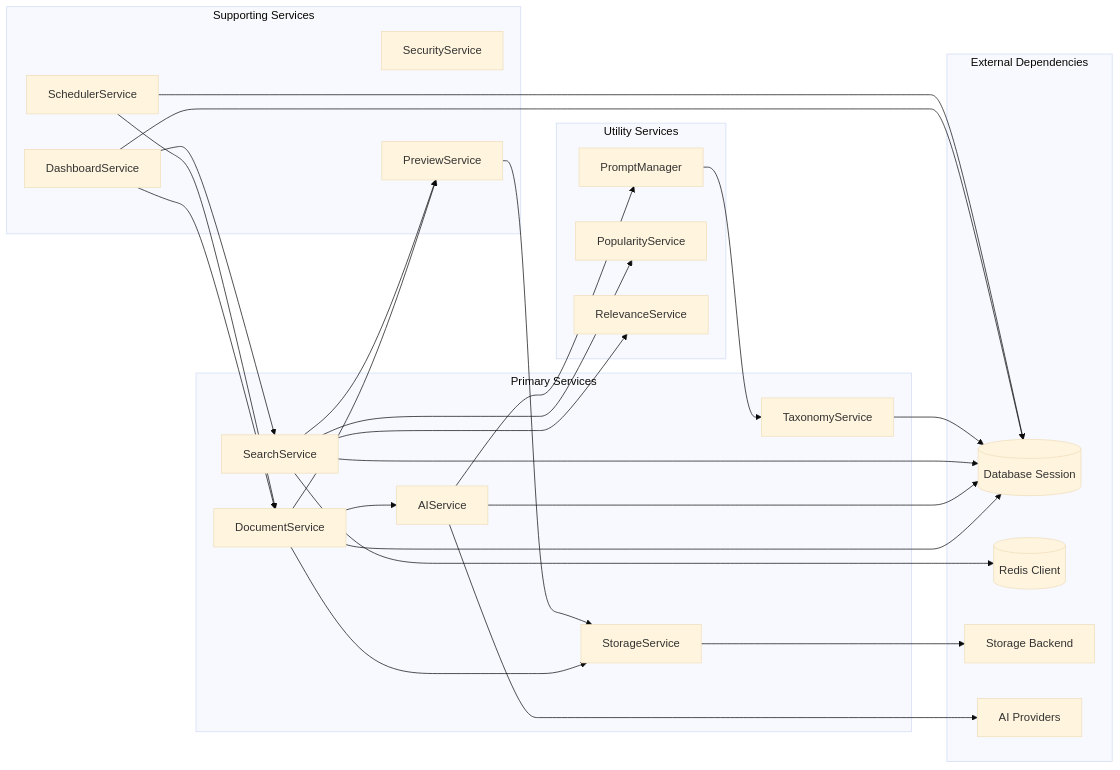
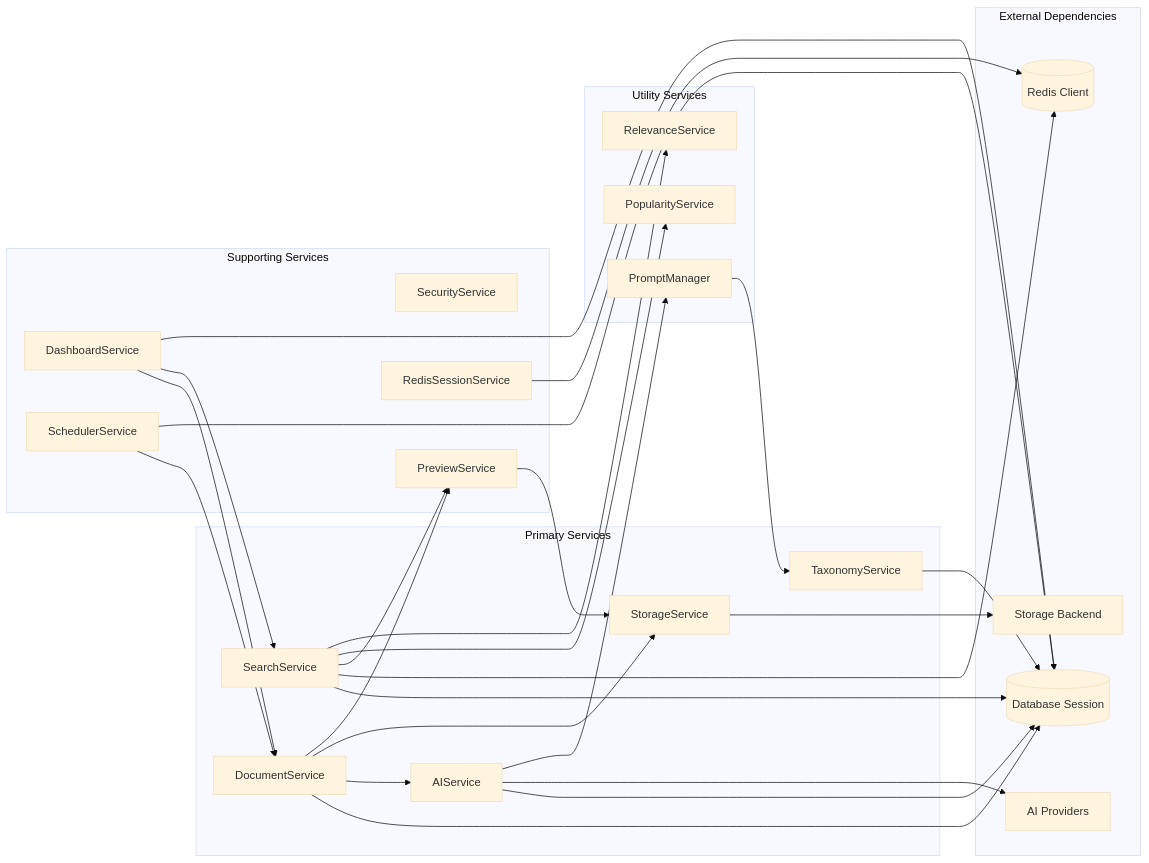
One commit to callum-doty/pc-simple changed the second of 11 diagrams in architecture/service_architecture.md. Above: the diagram before and after it, drawn with Mermaid (base theme). The commit also changed other lines of this file and 4 other files, not shown here.

Commit message:
upd architecture docs

````diff
--- a/architecture/service_architecture.md
+++ b/architecture/service_architecture.md
@@ -84,60 +87,63 @@
 ```mermaid
 graph LR
     subgraph "Primary Services"
         DOC[DocumentService]
         AI[AIService]
         SEARCH[SearchService]
         STORAGE[StorageService]
         TAXONOMY[TaxonomyService]
     end
 
     subgraph "Supporting Services"
         SECURITY[SecurityService]
         PREVIEW[PreviewService]
         DASHBOARD[DashboardService]
         SCHEDULER[SchedulerService]
+        REDIS_SESSION[RedisSessionService]
     end
 
     subgraph "Utility Services"
         PROMPT[PromptManager]
         POPULARITY[PopularityService]
         RELEVANCE[RelevanceService]
     end
 
     subgraph "External Dependencies"
         DB[(Database Session)]
         REDIS_CLIENT[(Redis Client)]
         STORAGE_BACKEND[Storage Backend]
         AI_PROVIDERS[AI Providers]
     end
 
     DOC --> DB
     DOC --> AI
     DOC --> STORAGE
     DOC --> PREVIEW
 
     AI --> DB
     AI --> AI_PROVIDERS
     AI --> PROMPT
 
     SEARCH --> DB
     SEARCH --> REDIS_CLIENT
     SEARCH --> PREVIEW
     SEARCH --> POPULARITY
     SEARCH --> RELEVANCE
 
     STORAGE --> STORAGE_BACKEND
 
     TAXONOMY --> DB
 
     PREVIEW --> STORAGE
 
     DASHBOARD --> DOC
     DASHBOARD --> SEARCH
     DASHBOARD --> DB
 
     SCHEDULER --> DOC
     SCHEDULER --> DB
 
+    REDIS_SESSION --> REDIS_CLIENT
+
     PROMPT --> TAXONOMY
 ```
````
